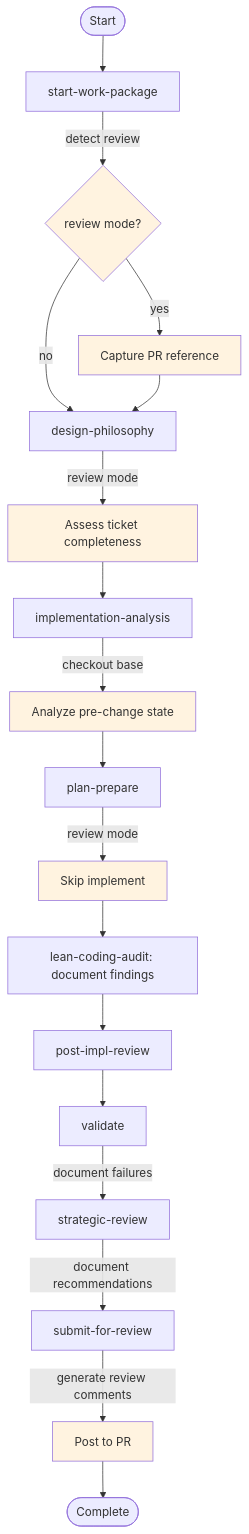
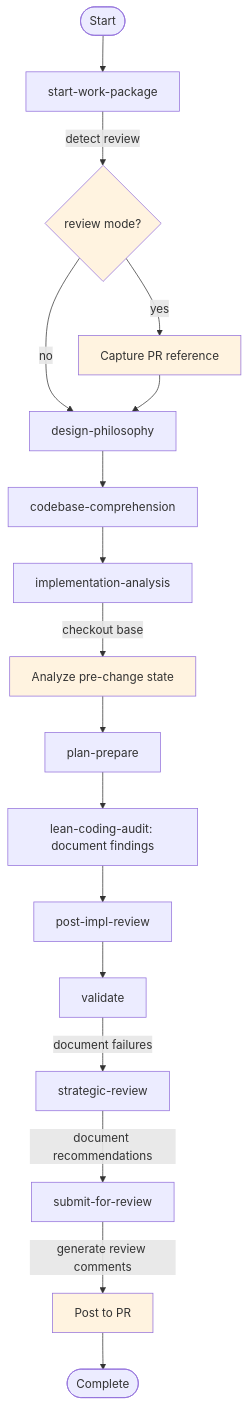
Before and after one commit to m2ux/workflow-server: the diagram in work-package/REVIEW-MODE.md, drawn with Mermaid. The commit also changed other lines of this file, not shown here.

````diff
--- a/work-package/REVIEW-MODE.md
+++ b/work-package/REVIEW-MODE.md
@@ -84,32 +79,29 @@
 ```mermaid
 graph TD
     Start([Start]) --> IM[start-work-package]
     IM -->|detect review| DETECT{review mode?}
-    
+
     DETECT -->|yes| CAPTURE[Capture PR reference]
     DETECT -->|no| DP
-    
+
     CAPTURE --> DP[design-philosophy]
-    DP -->|review mode| TICKET[Assess ticket completeness]
-    TICKET --> IA[implementation-analysis]
+    DP --> CC[codebase-comprehension]
+    CC --> IA[implementation-analysis]
     IA -->|checkout base| BASELINE[Analyze pre-change state]
     BASELINE --> PP[plan-prepare]
-    
-    PP -->|review mode| SKIP_IMP[Skip implement]
-    SKIP_IMP --> LCA[lean-coding-audit: document findings]
+
+    PP --> LCA[lean-coding-audit: document findings]
     LCA --> PIR[post-impl-review]
-    
+
     PIR --> VAL[validate]
     VAL -->|document failures| SR[strategic-review]
-    
+
     SR -->|document recommendations| UPR[submit-for-review]
     UPR -->|generate review comments| POST[Post to PR]
     POST --> Done([Complete])
-    
+
     style DETECT fill:#fff3e0
     style CAPTURE fill:#fff3e0
-    style TICKET fill:#fff3e0
     style BASELINE fill:#fff3e0
-    style SKIP_IMP fill:#fff3e0
     style POST fill:#fff3e0
 ```
````
